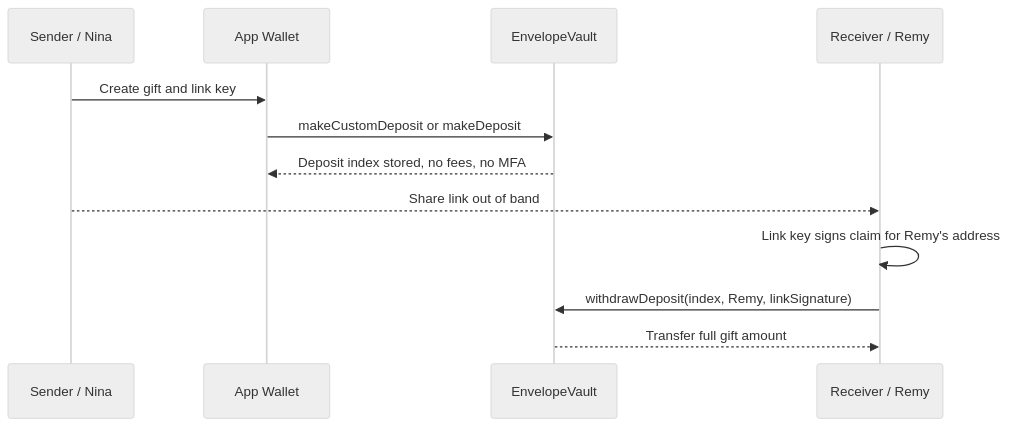
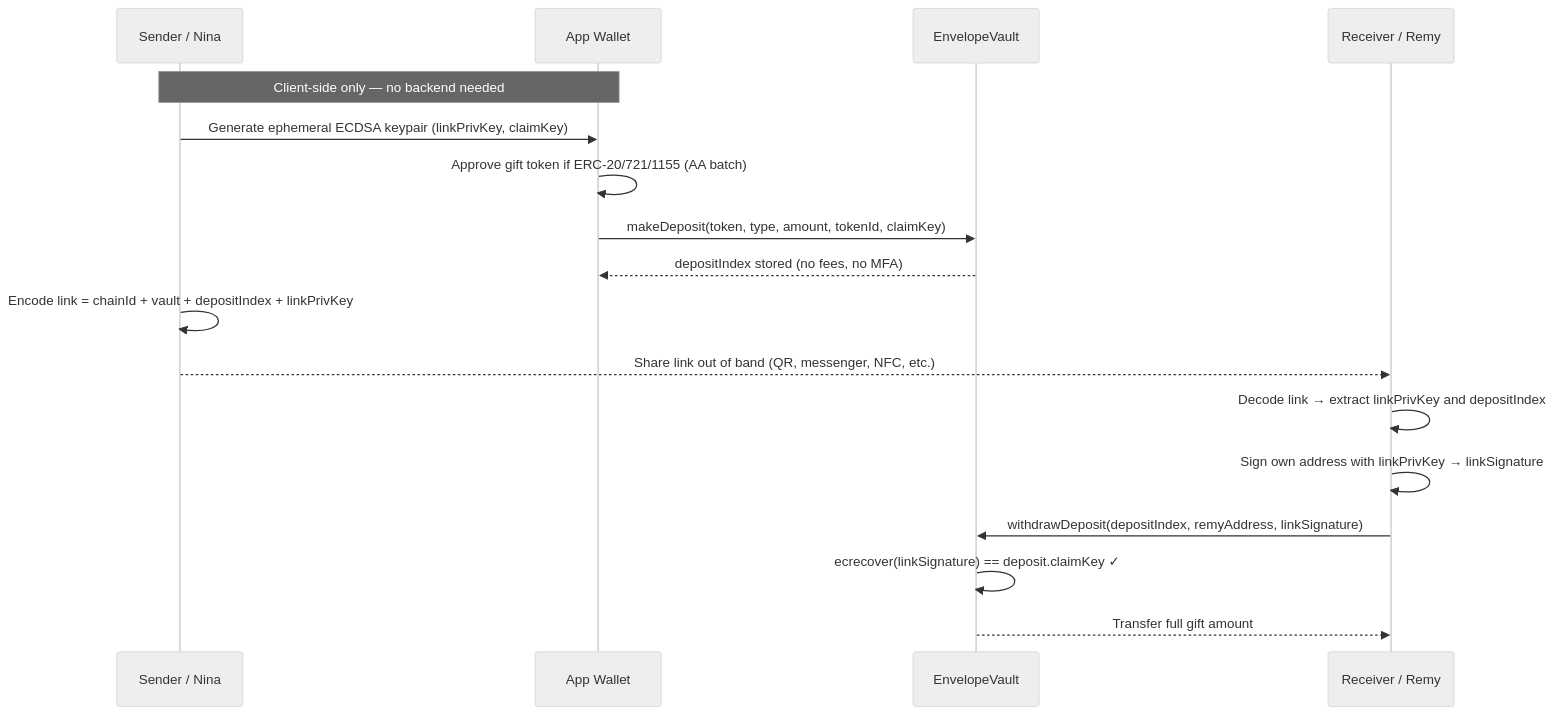
Before and after one commit to NodleCode/rollup: the third of 5 diagrams in src/envelope/doc/EnvelopeVault.md, drawn with Mermaid (neutral theme). The commit also changed other lines of this file and 16 other files, not shown here.

First line of the commit message:
refactor(envelope): rename API for clarity — deposit→link, withdraw→claim/reclaim

````diff
--- a/src/envelope/doc/EnvelopeVault.md
+++ b/src/envelope/doc/EnvelopeVault.md
@@ -110,15 +112,20 @@
 ```mermaid
 sequenceDiagram
     participant Nina as Sender / Nina
     participant Wallet as App Wallet
     participant Vault as EnvelopeVault
     participant Remy as Receiver / Remy
 
-    Nina->>Wallet: Create gift and link key
-    Wallet->>Vault: makeCustomDeposit or makeDeposit
-    Vault-->>Wallet: Deposit index stored, no fees, no MFA
-    Nina-->>Remy: Share link out of band
-    Remy->>Remy: Link key signs claim for Remy's address
-    Remy->>Vault: withdrawDeposit(index, Remy, linkSignature)
+    Note over Nina,Wallet: Client-side only — no backend needed
+    Nina->>Wallet: Generate ephemeral ECDSA keypair (linkPrivKey, claimKey)
+    Wallet->>Wallet: Approve gift token if ERC-20/721/1155 (AA batch)
+    Wallet->>Vault: makeDeposit(token, type, amount, tokenId, claimKey)
+    Vault-->>Wallet: depositIndex stored (no fees, no MFA)
+    Nina->>Nina: Encode link = chainId + vault + depositIndex + linkPrivKey
+    Nina-->>Remy: Share link out of band (QR, messenger, NFC, etc.)
+    Remy->>Remy: Decode link → extract linkPrivKey and depositIndex
+    Remy->>Remy: Sign own address with linkPrivKey → linkSignature
+    Remy->>Vault: withdrawDeposit(depositIndex, remyAddress, linkSignature)
+    Vault->>Vault: ecrecover(linkSignature) == deposit.claimKey ✓
     Vault-->>Remy: Transfer full gift amount
 ```
````
